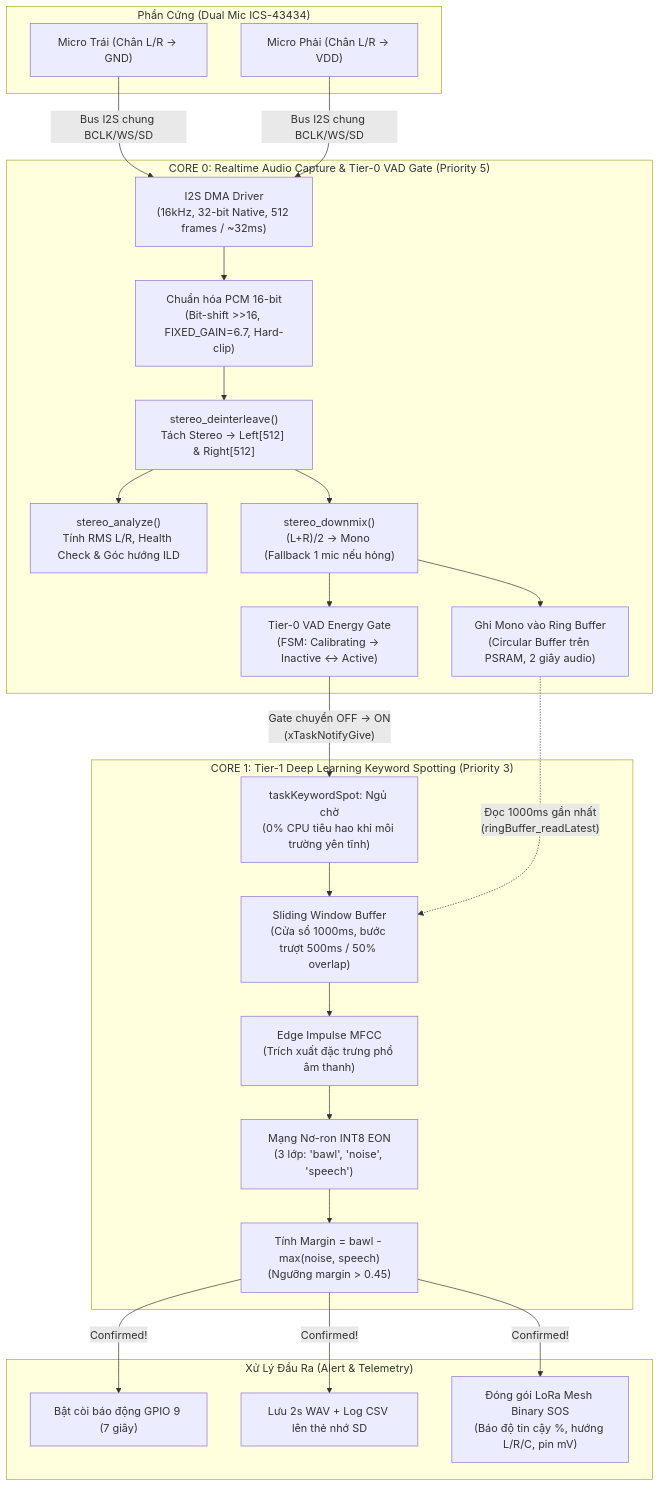
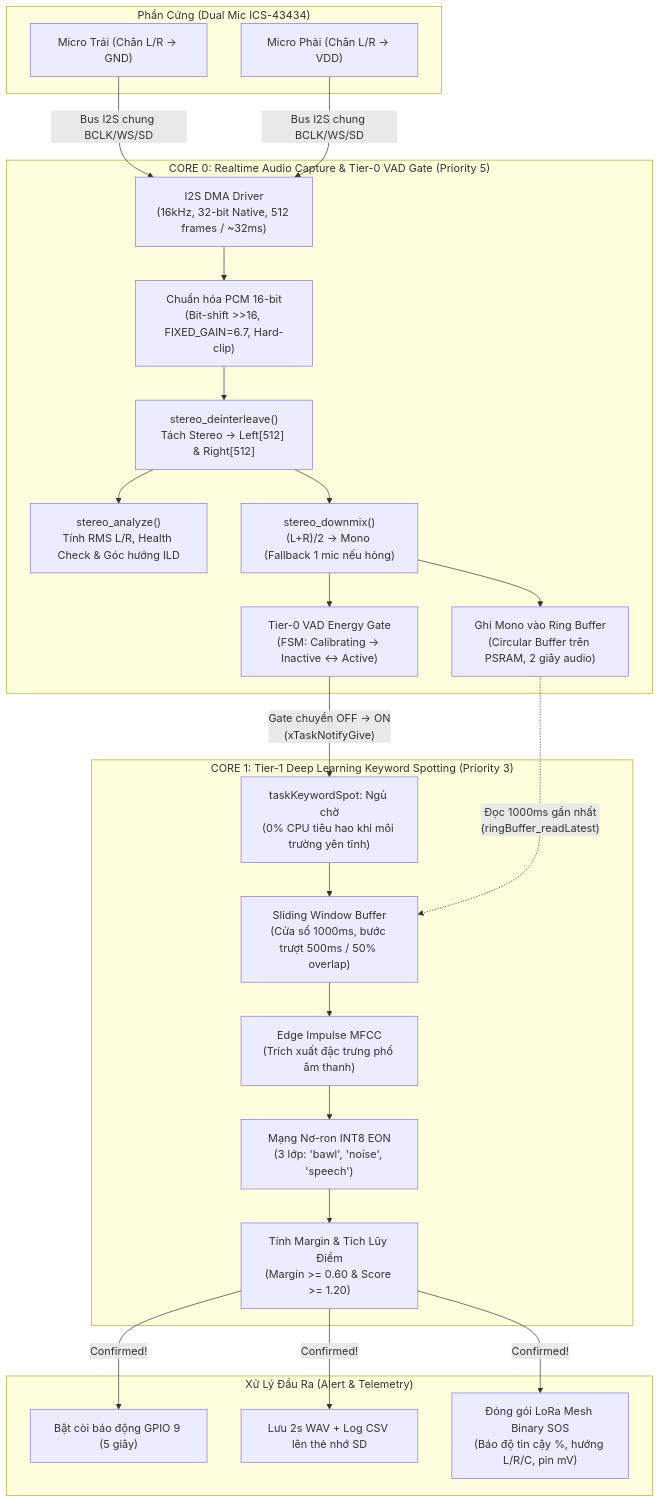
Before and after one commit to quytmoiz146/ESP32-S3-LoRa-Repeater-KWS: the diagram in AUDIO_PIPELINE_ARCHITECTURE.md, drawn with Mermaid. The commit also changed other lines of this file and 10 other files, not shown here.

````diff
--- a/AUDIO_PIPELINE_ARCHITECTURE.md
+++ b/AUDIO_PIPELINE_ARCHITECTURE.md
@@ -11,45 +11,45 @@
 ```mermaid
 flowchart TD
     subgraph HW ["Phần Cứng (Dual Mic ICS-43434)"]
         MicL["Micro Trái (Chân L/R -> GND)"]
         MicR["Micro Phải (Chân L/R -> VDD)"]
     end
 
     subgraph Core0 ["CORE 0: Realtime Audio Capture & Tier-0 VAD Gate (Priority 5)"]
         I2S["I2S DMA Driver\n(16kHz, 32-bit Native, 512 frames / ~32ms)"]
         NORM["Chuẩn hóa PCM 16-bit\n(Bit-shift >>16, FIXED_GAIN=6.7, Hard-clip)"]
         DEINT["stereo_deinterleave()\nTách Stereo -> Left[512] & Right[512]"]
         HEALTH["stereo_analyze()\nTính RMS L/R, Health Check & Góc hướng ILD"]
         DOWNMIX["stereo_downmix()\n(L+R)/2 -> Mono (Fallback 1 mic nếu hỏng)"]
         RB_WRITE["Ghi Mono vào Ring Buffer\n(Circular Buffer trên PSRAM, 2 giây audio)"]
         VAD["Tier-0 VAD Energy Gate\n(FSM: Calibrating -> Inactive <-> Active)"]
     end
 
     subgraph Core1 ["CORE 1: Tier-1 Deep Learning Keyword Spotting (Priority 3)"]
         KWS_SLEEP["taskKeywordSpot: Ngủ chờ\n(0% CPU tiêu hao khi môi trường yên tĩnh)"]
         SLIDE["Sliding Window Buffer\n(Cửa sổ 1000ms, bước trượt 500ms / 50% overlap)"]
         EI_DSP["Edge Impulse MFCC\n(Trích xuất đặc trưng phổ âm thanh)"]
         EI_NN["Mạng Nơ-ron INT8 EON\n(3 lớp: 'bawl', 'noise', 'speech')"]
-        MARGIN["Tính Margin = bawl - max(noise, speech)\n(Ngưỡng margin > 0.45)"]
+        MARGIN["Tính Margin & Tích Lũy Điểm\n(Margin >= 0.60 & Score >= 1.20)"]
     end
 
     subgraph OUTPUT ["Xử Lý Đầu Ra (Alert & Telemetry)"]
-        BUZZER["Bật còi báo động GPIO 9 (7 giây)"]
+        BUZZER["Bật còi báo động GPIO 9 (5 giây)"]
         SD_WAV["Lưu 2s WAV + Log CSV lên thẻ nhớ SD"]
         LORA_TX["Đóng gói LoRa Mesh Binary SOS\n(Báo độ tin cậy %, hướng L/R/C, pin mV)"]
     end
 
     MicL & MicR -->|Bus I2S chung BCLK/WS/SD| I2S
     I2S --> NORM --> DEINT
     DEINT --> HEALTH
     DEINT --> DOWNMIX
     DOWNMIX --> RB_WRITE
     DOWNMIX --> VAD
     VAD -- "Gate chuyển OFF -> ON\n(xTaskNotifyGive)" --> KWS_SLEEP
     KWS_SLEEP --> SLIDE
     RB_WRITE -. "Đọc 1000ms gần nhất\n(ringBuffer_readLatest)" .-> SLIDE
     SLIDE --> EI_DSP --> EI_NN --> MARGIN
     MARGIN -- "Confirmed!" --> BUZZER
     MARGIN -- "Confirmed!" --> SD_WAV
     MARGIN -- "Confirmed!" --> LORA_TX
 ```
````
